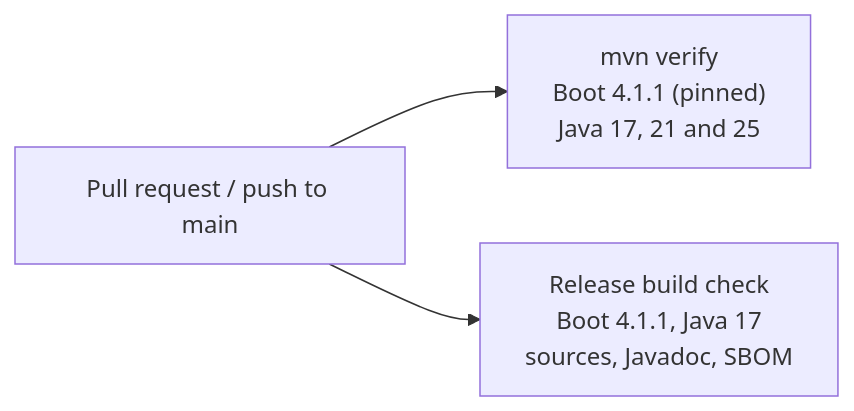
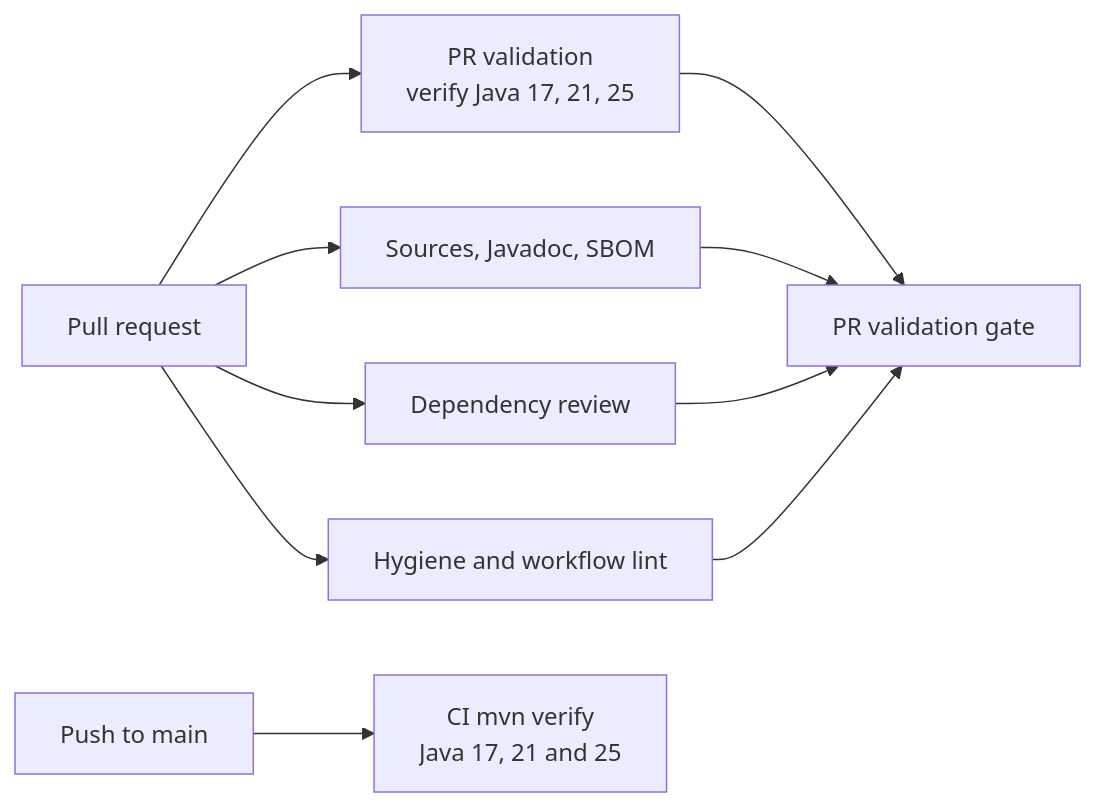
One commit to rmkr-dev/spring-security-jwt-starter changed the first of 2 diagrams in docs/compatibility.md. Above: the diagram before and after it, drawn with Mermaid. The commit also changed other lines of this file and 15 other files, not shown here.

First line of the commit message:
Add a pull request validation gate

````diff
--- a/docs/compatibility.md
+++ b/docs/compatibility.md
@@ -5,5 +5,12 @@
 ```mermaid
 flowchart LR
-    PR[Pull request / push to main] --> B["mvn verify<br/>Boot 4.1.1 (pinned)<br/>Java 17, 21 and 25"]
-    PR --> R["Release build check<br/>Boot 4.1.1, Java 17<br/>sources, Javadoc, SBOM"]
+    PR[Pull request] --> V["PR validation<br/>verify Java 17, 21, 25"]
+    PR --> P[Sources, Javadoc, SBOM]
+    PR --> D[Dependency review]
+    PR --> H[Hygiene and workflow lint]
+    V --> G[PR validation gate]
+    P --> G
+    D --> G
+    H --> G
+    M[Push to main] --> C["CI mvn verify<br/>Java 17, 21 and 25"]
 ```
````
